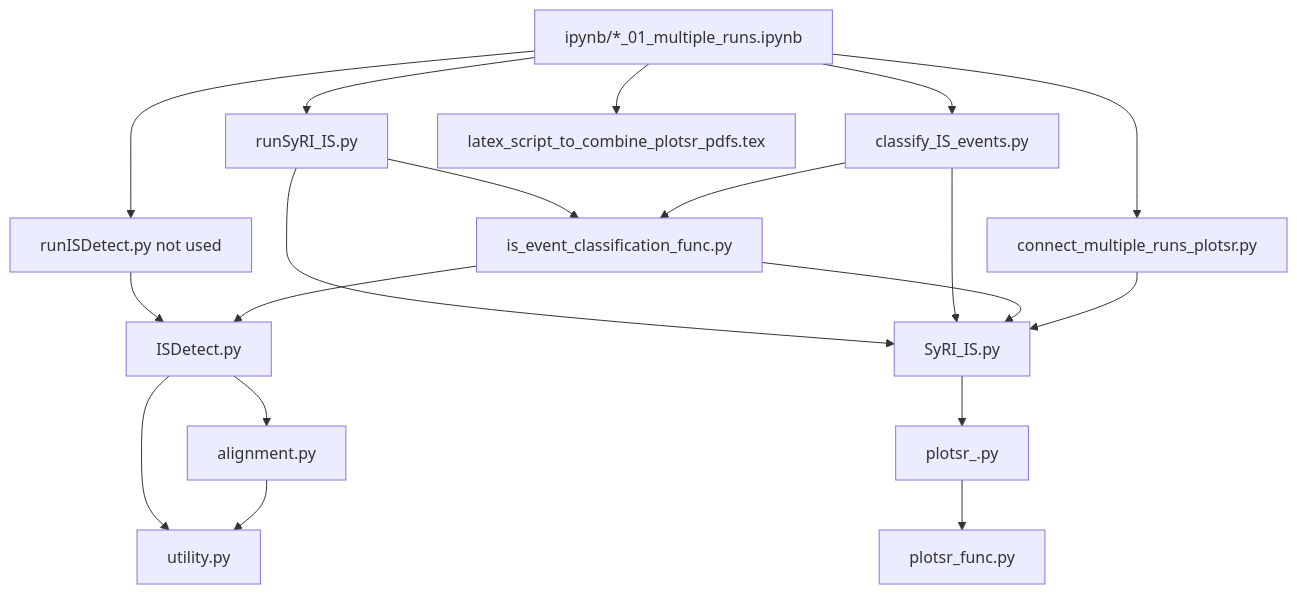
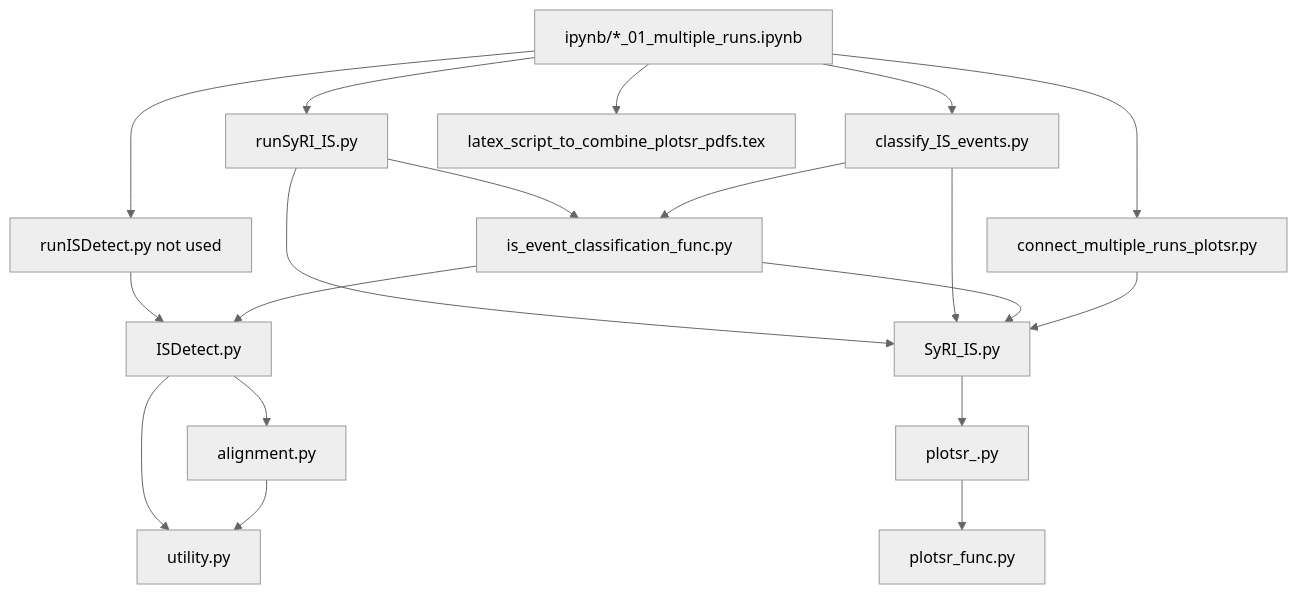
One commit to Yuki-Kanai/2024_IS_Expansion_MA changed the first of 2 diagrams in README.md. Above: the diagram before and after it, drawn with Mermaid. The commit also changed other lines of this file and 786 other files, not shown here.

````diff
--- a/README.md
+++ b/README.md
@@ -41,26 +41,27 @@
 ```mermaid
+%%{init: {"theme": "neutral"}}%%
 graph TD;
     ipynb/*_01_multiple_runs.ipynb --> A["runISDetect.py not used"]
     ipynb/*_01_multiple_runs.ipynb --> runSyRI_IS.py
     ipynb/*_01_multiple_runs.ipynb --> classify_IS_events.py
     ipynb/*_01_multiple_runs.ipynb --> connect_multiple_runs_plotsr.py
     ipynb/*_01_multiple_runs.ipynb --> latex_script_to_combine_plotsr_pdfs.tex
     
     A --> ISDetect.py
     ISDetect.py --> alignment.py
     ISDetect.py --> utility.py
     alignment.py --> utility.py
     
     runSyRI_IS.py --> SyRI_IS.py
     SyRI_IS.py --> plotsr_.py
     plotsr_.py --> plotsr_func.py
     
     runSyRI_IS.py --> is_event_classification_func.py
     classify_IS_events.py --> SyRI_IS.py
     classify_IS_events.py --> is_event_classification_func.py
     is_event_classification_func.py --> ISDetect.py
     is_event_classification_func.py --> SyRI_IS.py
     
     connect_multiple_runs_plotsr.py --> SyRI_IS.py
 
 ```
````
